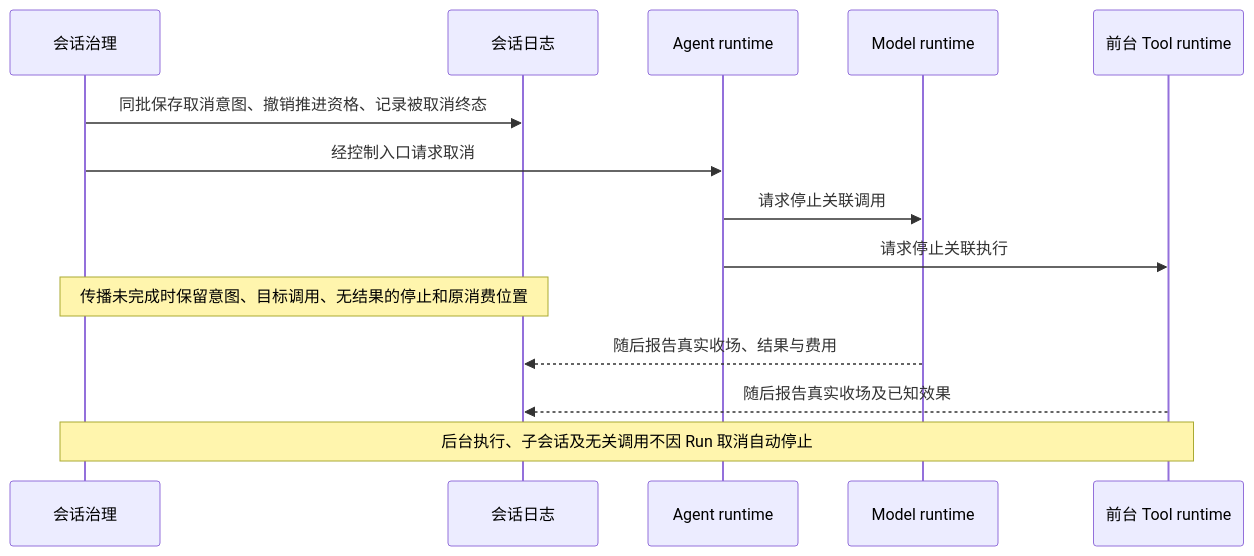
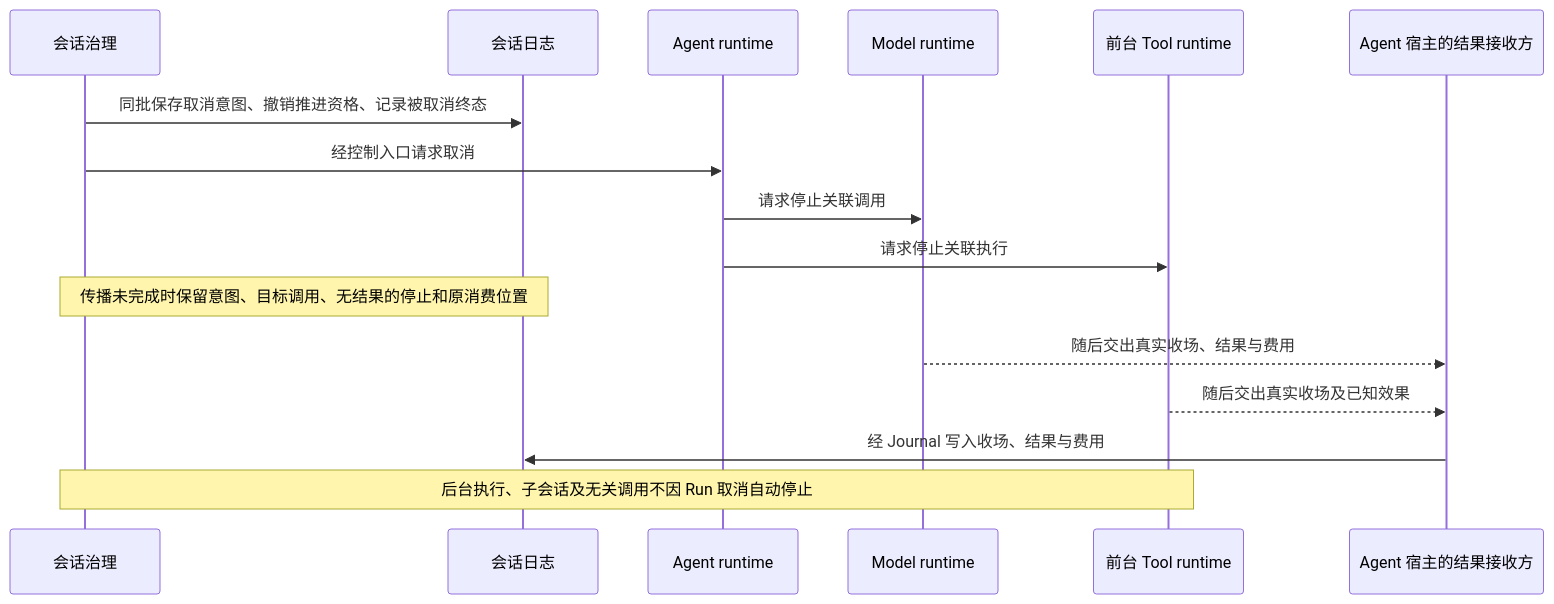
Before and after one commit to nemori-ai/omne-harness-lite: the first of 3 diagrams in docs/architecture/runtime/control-and-recovery.md, drawn with Mermaid. The commit also changed 15 other files, not shown here.

````diff
--- a/docs/architecture/runtime/control-and-recovery.md
+++ b/docs/architecture/runtime/control-and-recovery.md
@@ -33,16 +33,18 @@
 ```mermaid
 sequenceDiagram
     participant G as 会话治理
     participant S as 会话日志
     participant A as Agent runtime
     participant M as Model runtime
     participant T as 前台 Tool runtime
+    participant R as Agent 宿主的结果接收方
     G->>S: 同批保存取消意图、撤销推进资格、记录被取消终态
     G->>A: 经控制入口请求取消
     A->>M: 请求停止关联调用
     A->>T: 请求停止关联执行
     Note over G,S: 传播未完成时保留意图、目标调用、无结果的停止和原消费位置
-    M-->>S: 随后报告真实收场、结果与费用
-    T-->>S: 随后报告真实收场及已知效果
+    M-->>R: 随后交出真实收场、结果与费用
+    T-->>R: 随后交出真实收场及已知效果
+    R->>S: 经 Journal 写入收场、结果与费用
     Note over G,T: 后台执行、子会话及无关调用不因 Run 取消自动停止
 ```
````
